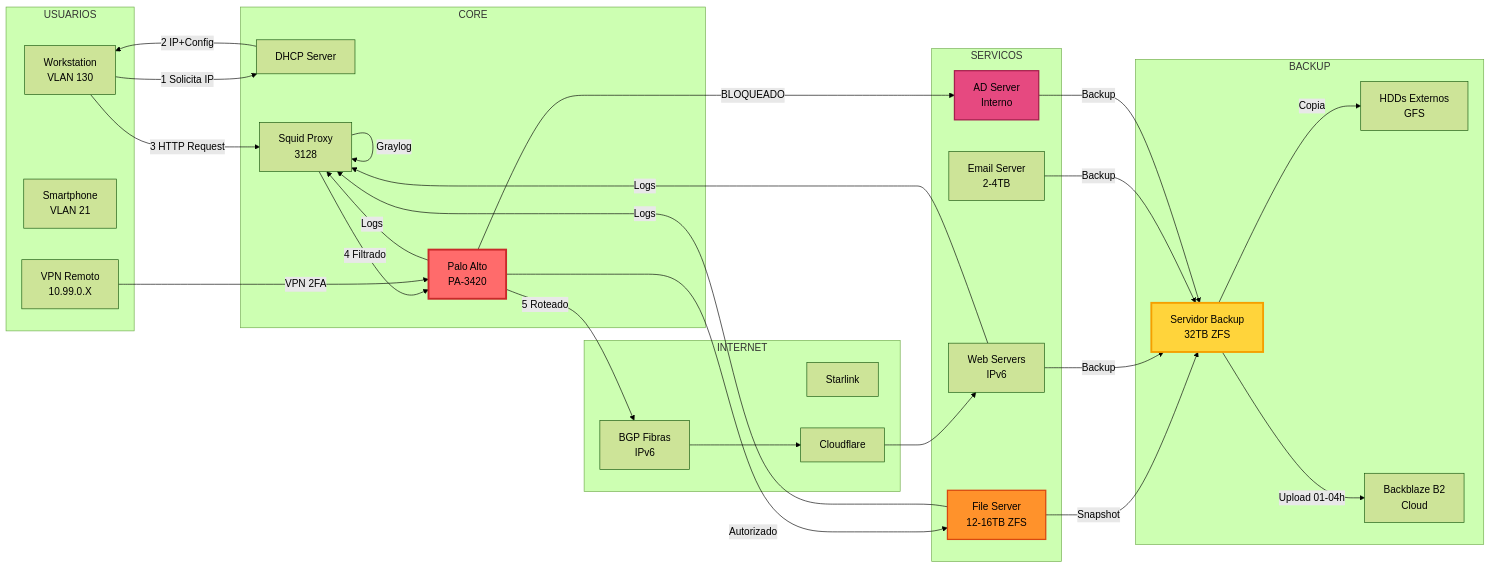
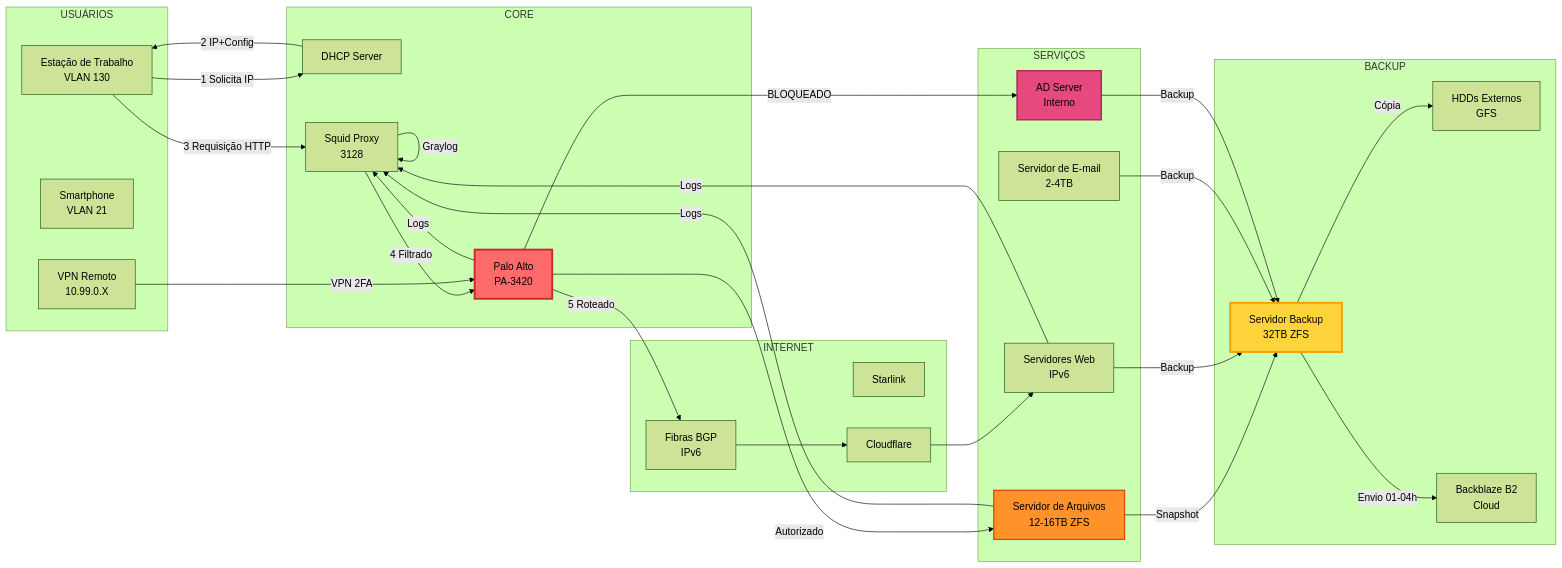
One commit to cavalcante-willian/teste changed the second of 6 diagrams in 1.md. Above: the diagram before and after it, drawn with Mermaid (forest theme). The commit also changed other lines of this file, not shown here.

````diff
--- a/1.md
+++ b/1.md
@@ -1913,63 +1913,63 @@
 ```mermaid
 flowchart LR
-    subgraph Users["USUARIOS"]
-        U1["Workstation<br/>VLAN 130"]
+    subgraph Users["USUÁRIOS"]
+        U1["Estação de Trabalho<br/>VLAN 130"]
         U2["Smartphone<br/>VLAN 21"]
         U3["VPN Remoto<br/>10.99.0.X"]
     end
 
     subgraph Core["CORE"]
         PA["Palo Alto<br/>PA-3420"]
         DHCP["DHCP Server"]
         PROXY["Squid Proxy<br/>3128"]
     end
 
-    subgraph Services["SERVICOS"]
-        FS["File Server<br/>12-16TB ZFS"]
-        WEB["Web Servers<br/>IPv6"]
-        EMAIL["Email Server<br/>2-4TB"]
+    subgraph Services["SERVIÇOS"]
+        FS["Servidor de Arquivos<br/>12-16TB ZFS"]
+        WEB["Servidores Web<br/>IPv6"]
+        EMAIL["Servidor de E-mail<br/>2-4TB"]
         AD["AD Server<br/>Interno"]
     end
 
     subgraph Backup["BACKUP"]
         BS["Servidor Backup<br/>32TB ZFS"]
         HDD["HDDs Externos<br/>GFS"]
         CLOUD["Backblaze B2<br/>Cloud"]
     end
 
     subgraph Internet["INTERNET"]
-        BGP["BGP Fibras<br/>IPv6"]
+        BGP["Fibras BGP<br/>IPv6"]
         STAR["Starlink"]
         CF["Cloudflare"]
     end
 
     U1 -->|1 Solicita IP| DHCP
     DHCP -->|2 IP+Config| U1
-    U1 -->|3 HTTP Request| PROXY
+    U1 -->|3 Requisição HTTP| PROXY
     PROXY -->|4 Filtrado| PA
     PA -->|5 Roteado| BGP
     BGP --> CF
     CF --> WEB
 
     U3 -->|VPN 2FA| PA
     PA -->|Autorizado| FS
     PA -->|BLOQUEADO| AD
 
     FS -->|Snapshot| BS
     WEB -->|Backup| BS
     EMAIL -->|Backup| BS
     AD -->|Backup| BS
 
-    BS -->|Copia| HDD
-    BS -->|Upload 01-04h| CLOUD
+    BS -->|Cópia| HDD
+    BS -->|Envio 01-04h| CLOUD
 
     PA -->|Logs| PROXY
     FS -->|Logs| PROXY
     WEB -->|Logs| PROXY
     PROXY -->|Graylog| PROXY
 
     style PA fill:#ff6b6b,stroke:#c92a2a,stroke-width:3px
     style BS fill:#ffd43b,stroke:#f59f00,stroke-width:3px
     style FS fill:#ff922b,stroke:#d9480f,stroke-width:2px
     style AD fill:#e64980,stroke:#a61e4d,stroke-width:2px
 ```
````
